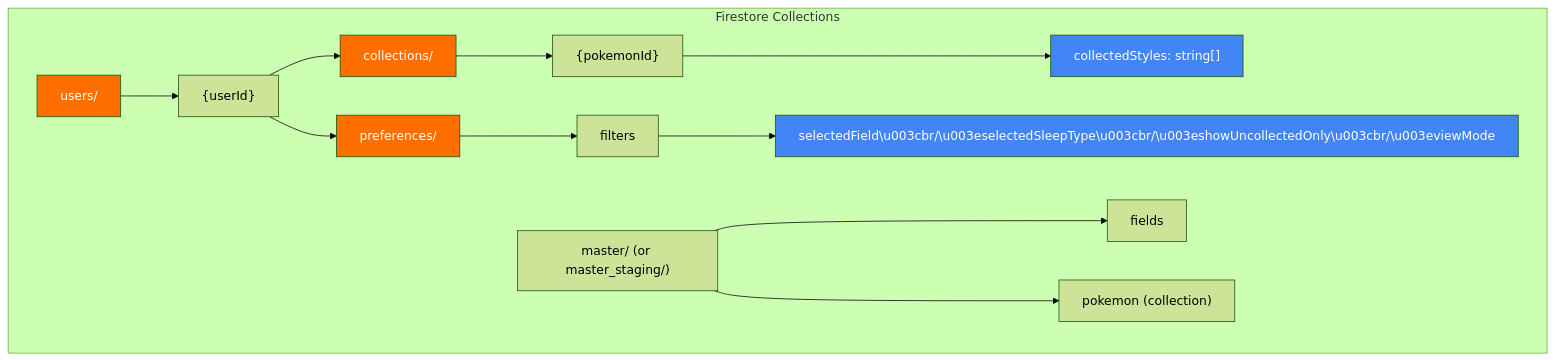
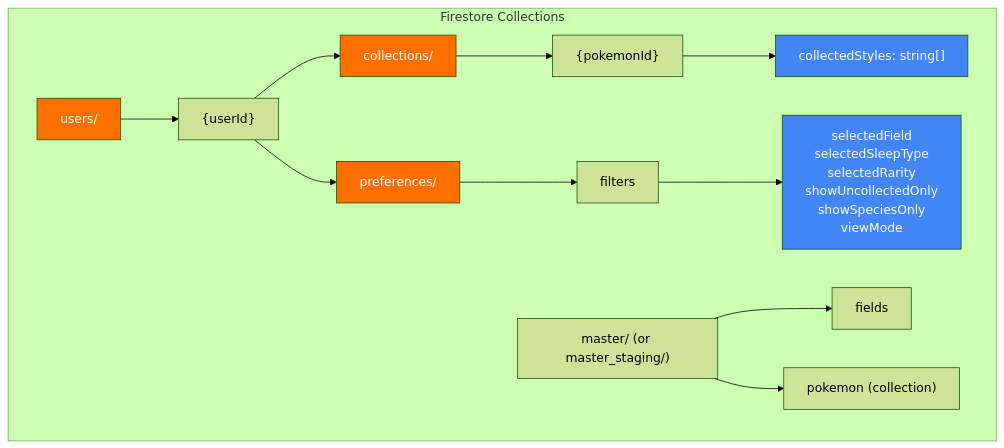
The sixth of 13 diagrams in docs/3_architecture.md (Kujo-n/pokesleepfaces), drawn with Mermaid (forest theme) before and after one commit. The commit also changed other lines of this file and 2 other files, not shown here.

````diff
--- a/docs/3_architecture.md
+++ b/docs/3_architecture.md
@@ -165,34 +165,34 @@
 ```mermaid
 graph TB
     subgraph "Firestore Collections"
         Users[users/]
         UserDoc["{userId}"]
         Collections[collections/]
         PokemonDoc["{pokemonId}"]
         Data["collectedStyles: string[]"]
         
         Preferences[preferences/]
         FiltersDoc["filters"]
-        FilterData["selectedField\u003cbr/\u003eselectedSleepType\u003cbr/\u003eshowUncollectedOnly\u003cbr/\u003eviewMode"]
+        FilterData["selectedField<br/>selectedSleepType<br/>selectedRarity<br/>showUncollectedOnly<br/>showSpeciesOnly<br/>viewMode"]
         
         Master["master/ (or master_staging/)"]
         MasterFields["fields"]
         MasterPokemon["pokemon (collection)"]
     end
     
     Users --> UserDoc
     UserDoc --> Collections
     UserDoc --> Preferences
     Collections --> PokemonDoc
     PokemonDoc --> Data
     Preferences --> FiltersDoc
     FiltersDoc --> FilterData
     Master --> MasterFields
     Master --> MasterPokemon
     
     style Users fill:#ff6f00,color:#fff
     style Collections fill:#ff6f00,color:#fff
     style Data fill:#4285f4,color:#fff
     style Preferences fill:#ff6f00,color:#fff
     style FilterData fill:#4285f4,color:#fff
 ```
````
